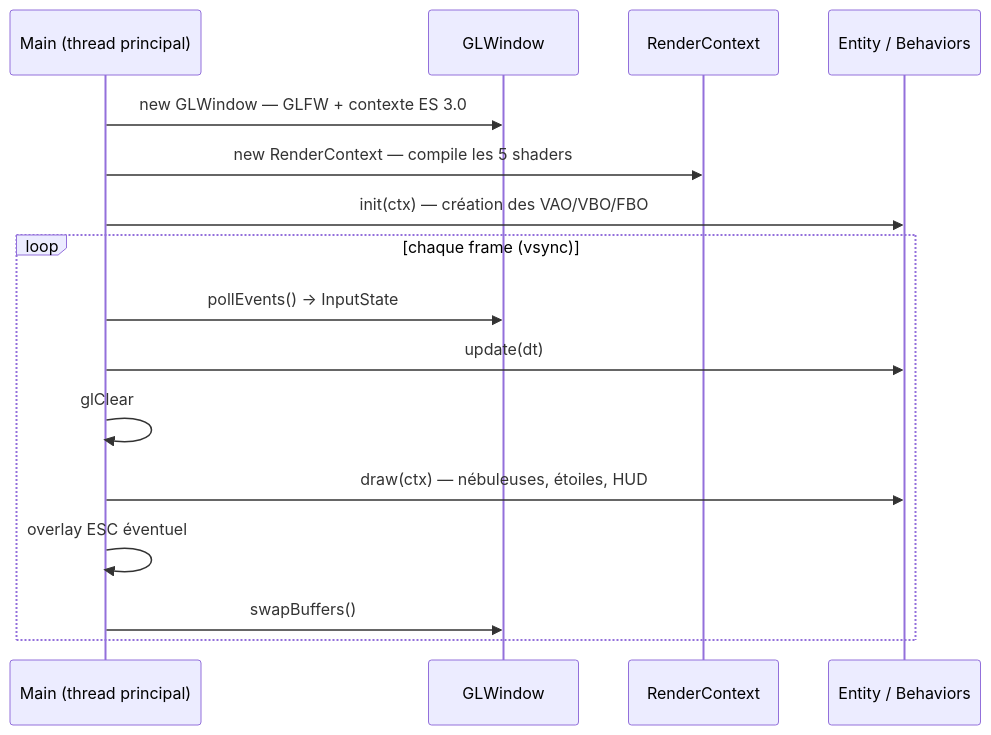
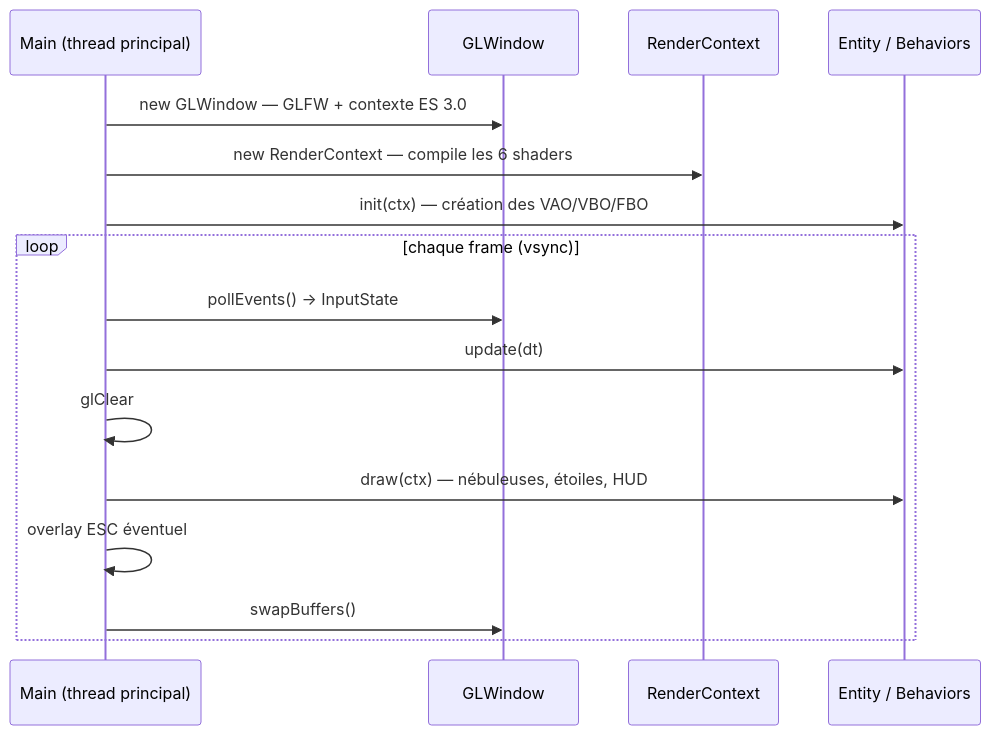
One commit to mcgivrer/demo001-arm64 changed the first of 2 diagrams in src/docs/12-opengl-pipeline.md. Above: the diagram before and after it, drawn with Mermaid. The commit also changed other lines of this file and 21 other files, not shown here.

````diff
--- a/src/docs/12-opengl-pipeline.md
+++ b/src/docs/12-opengl-pipeline.md
@@ -38,19 +38,19 @@
 ```mermaid
 sequenceDiagram
     participant M as Main (thread principal)
     participant W as GLWindow
     participant C as RenderContext
     participant E as Entity / Behaviors
 
     M->>W: new GLWindow — GLFW + contexte ES 3.0
-    M->>C: new RenderContext — compile les 5 shaders
+    M->>C: new RenderContext — compile les 6 shaders
     M->>E: init(ctx) — création des VAO/VBO/FBO
     loop chaque frame (vsync)
         M->>W: pollEvents() → InputState
         M->>E: update(dt)
         M->>M: glClear
         M->>E: draw(ctx) — nébuleuses, étoiles, HUD
         M->>M: overlay ESC éventuel
         M->>W: swapBuffers()
     end
 ```
````
